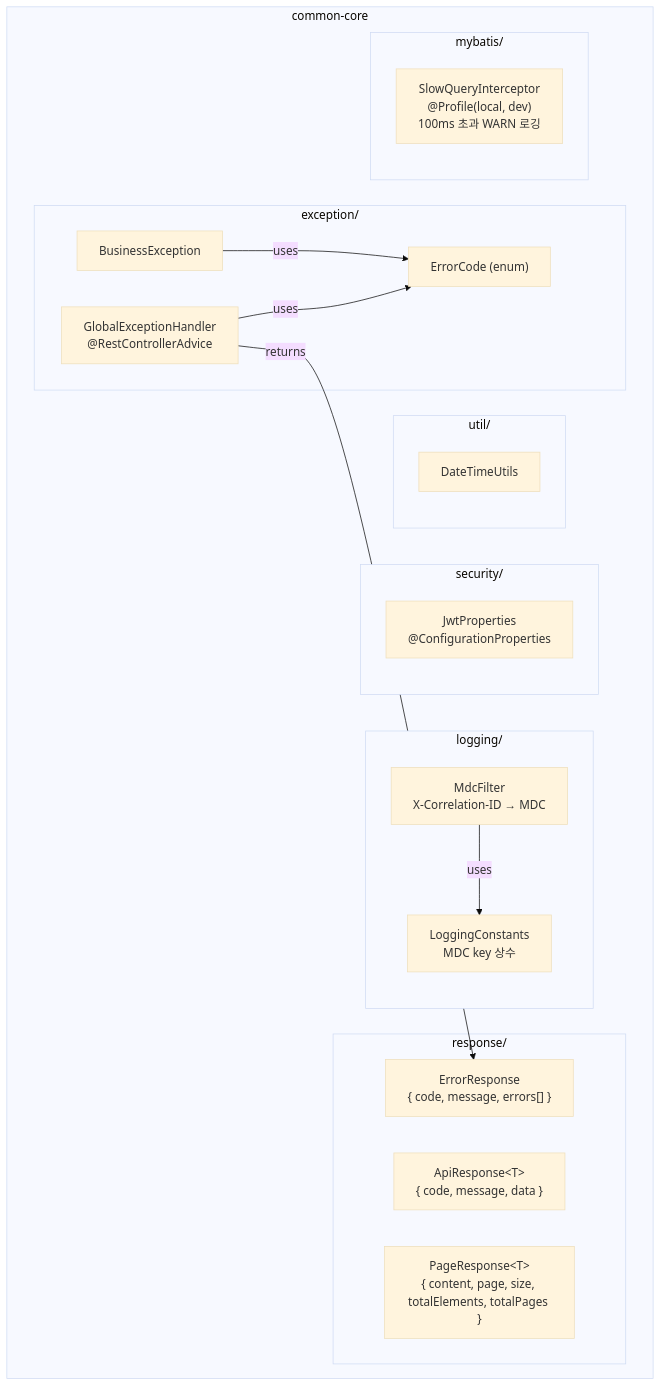
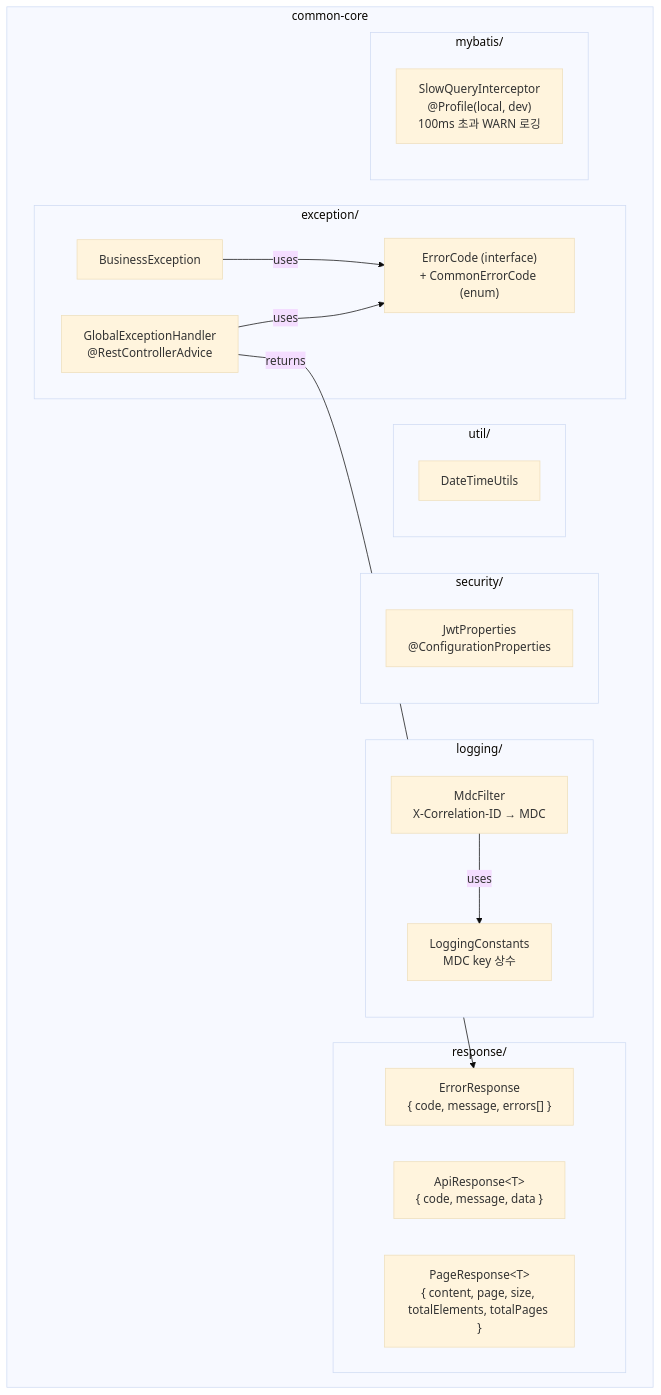
One commit to kyungseo/ai-workflow-harness changed the seventh of 17 diagrams in docs/ARCHITECTURE.md. Above: the diagram before and after it, drawn with Mermaid (base theme). The commit also changed other lines of this file and 9 other files, not shown here.

````diff
--- a/docs/ARCHITECTURE.md
+++ b/docs/ARCHITECTURE.md
@@ -191,33 +191,33 @@
 ```mermaid
 graph TD
     subgraph CORE["common-core"]
         subgraph RESP["response/"]
             AR["ApiResponse&lt;T&gt;\n{ code, message, data }"]
             ER["ErrorResponse\n{ code, message, errors[] }"]
             PR["PageResponse&lt;T&gt;\n{ content, page, size, totalElements, totalPages }"]
         end
         subgraph EXC["exception/"]
             BE["BusinessException"]
-            EC["ErrorCode (enum)"]
+            EC["ErrorCode (interface)\n+ CommonErrorCode (enum)"]
             GEH["GlobalExceptionHandler\n@RestControllerAdvice"]
         end
         subgraph LOG["logging/"]
             MF["MdcFilter\nX-Correlation-ID → MDC"]
             LC["LoggingConstants\nMDC key 상수"]
         end
         subgraph SEC["security/"]
             JP["JwtProperties\n@ConfigurationProperties"]
         end
         subgraph UTL["util/"]
             DU["DateTimeUtils"]
         end
         subgraph MYBATIS["mybatis/"]
             SQI["SlowQueryInterceptor\n@Profile(local, dev)\n100ms 초과 WARN 로깅"]
         end
     end
 
     GEH -->|"uses"| EC
     GEH -->|"returns"| ER
     BE  -->|"uses"| EC
     MF  -->|"uses"| LC
 ```
````
